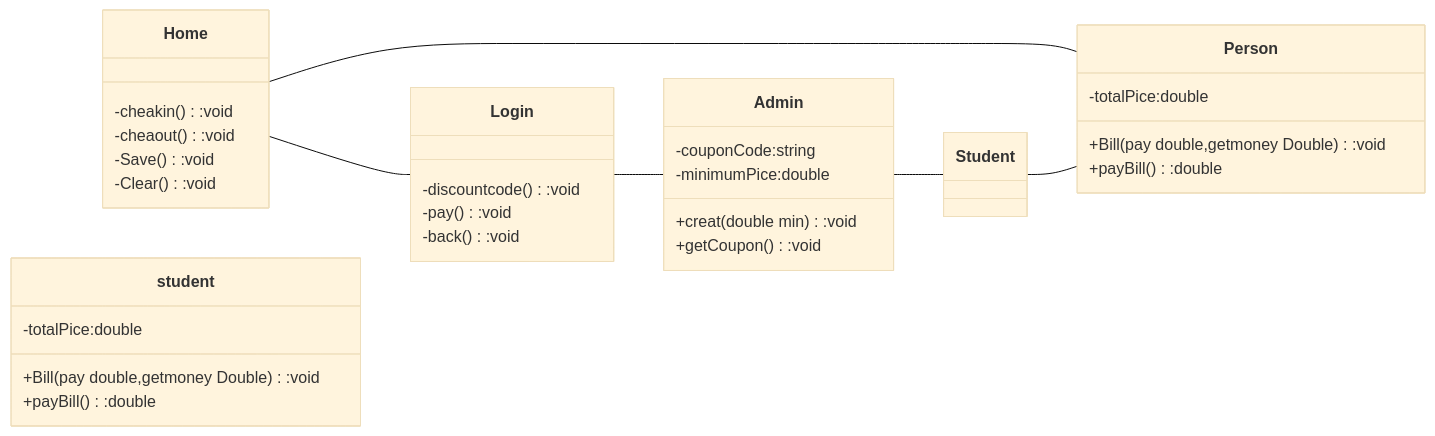
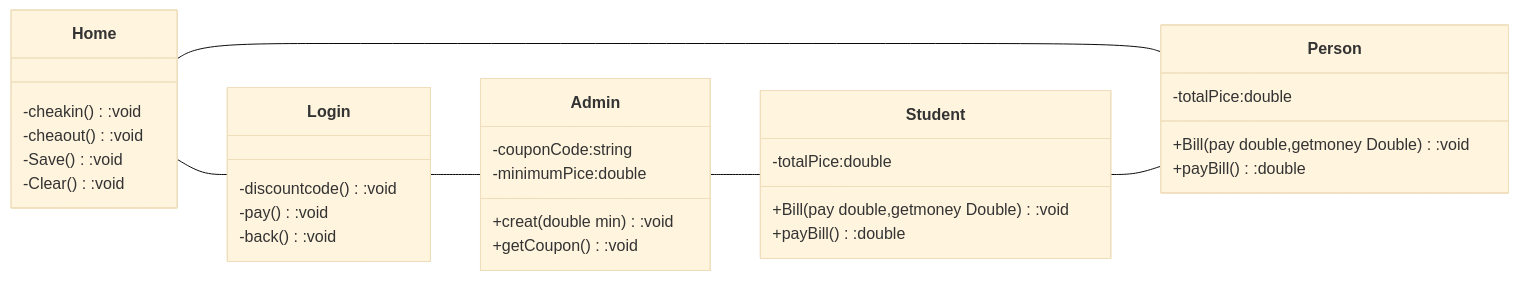
One commit to MDM007MDM/FP changed the diagram in ProjectRoom-main/README.md. Above: the diagram before and after it, drawn with Mermaid (base theme).

````diff
--- a/ProjectRoom-main/README.md
+++ b/ProjectRoom-main/README.md
@@ -10,37 +10,37 @@
 ```mermaid
 classDiagram
   direction LR
   class Home{
   -cheakin():void
   -cheaout():void
   -Save():void
   -Clear():void
 }
   class Login{
   -discountcode():void
   -pay():void
   -back():void
   }
   class Admin{
   -couponCode:string
   -minimumPice:double
   +creat(double min):void
   +getCoupon():void
   }
   class Person{
   -totalPice:double
   +Bill(pay double,getmoney Double):void
   +payBill():double
    }
-  class student{
+  class Student{
   -totalPice:double
   +Bill(pay double,getmoney Double):void
   +payBill():double
    }
   Home -- Login
   Home -- Person
   Login -- Admin
   Admin -- Student
   Student -- Person
 
 ```
````
